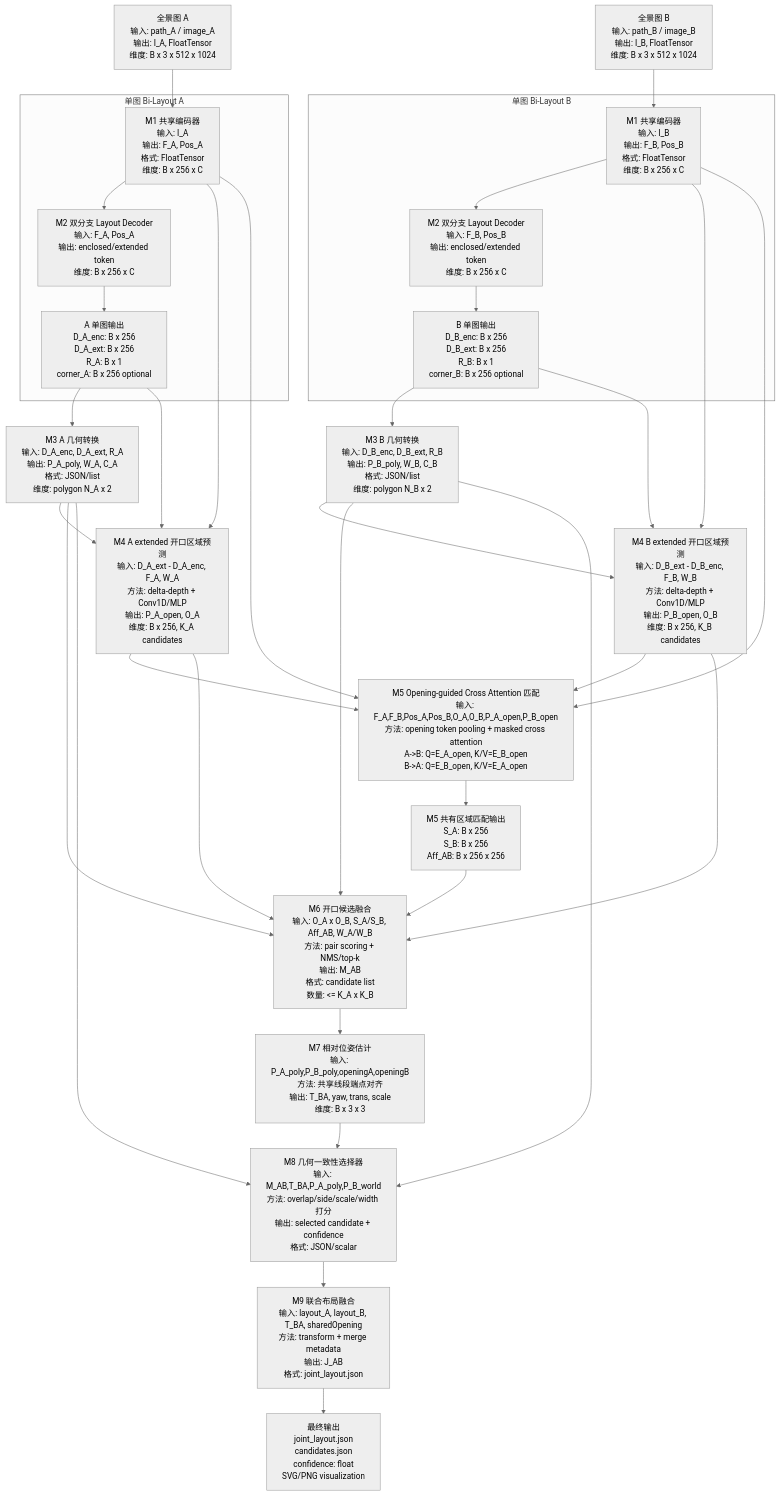
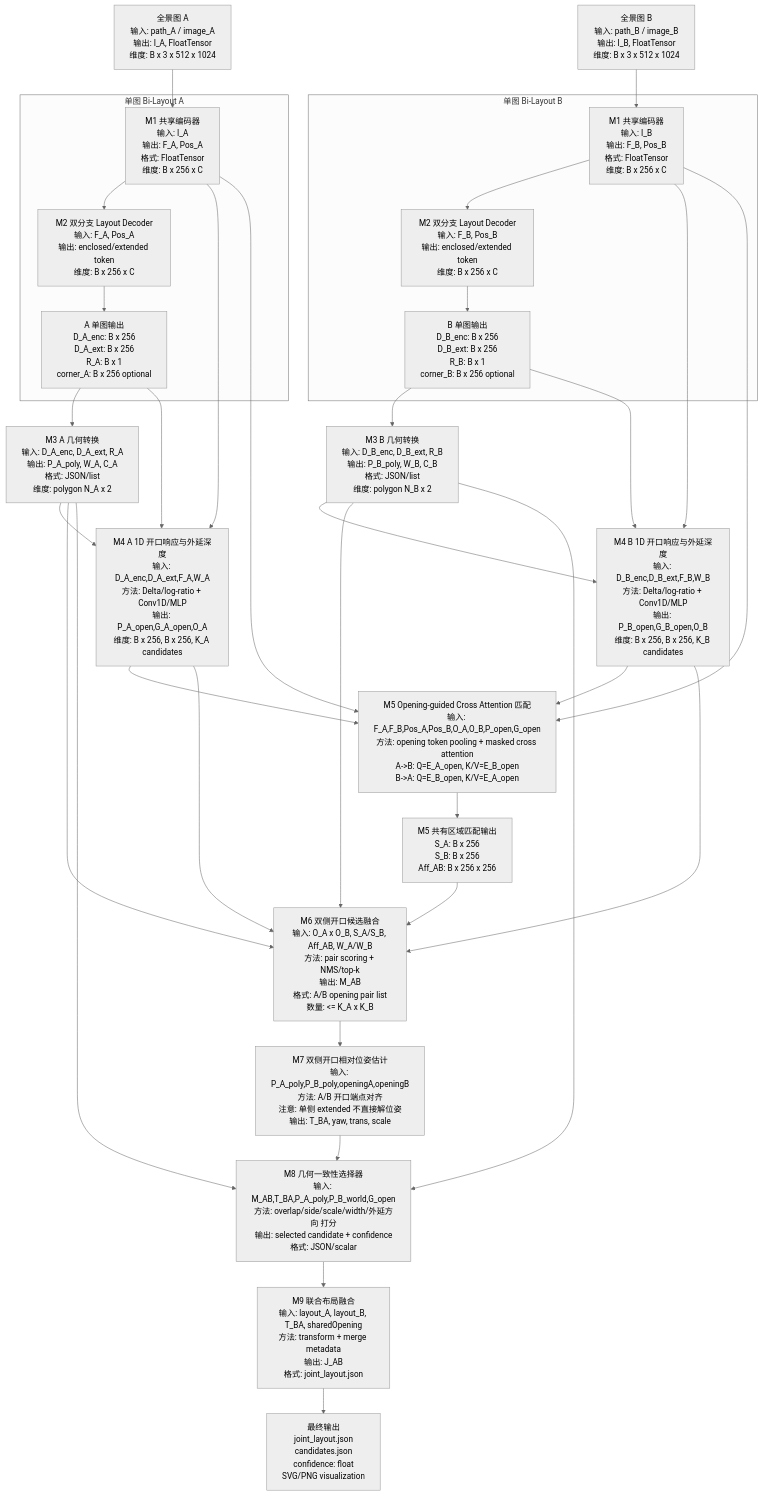
Before and after one commit to sunrunkun0422-dev/bi-layout: the first of 2 diagrams in 跨场景共享开口融合网络架构_可编辑.md, drawn with Mermaid (neutral theme). The commit also changed other lines of this file and 64 other files, not shown here.

````diff
--- a/跨场景共享开口融合网络架构_可编辑.md
+++ b/跨场景共享开口融合网络架构_可编辑.md
@@ -132,61 +147,61 @@
 ```mermaid
 flowchart TB
     IA["全景图 A<br/>输入: path_A / image_A<br/>输出: I_A, FloatTensor<br/>维度: B x 3 x 512 x 1024"]
     IB["全景图 B<br/>输入: path_B / image_B<br/>输出: I_B, FloatTensor<br/>维度: B x 3 x 512 x 1024"]
 
     subgraph SingleA["单图 Bi-Layout A"]
         EncA["M1 共享编码器<br/>输入: I_A<br/>输出: F_A, Pos_A<br/>格式: FloatTensor<br/>维度: B x 256 x C"]
         DecA["M2 双分支 Layout Decoder<br/>输入: F_A, Pos_A<br/>输出: enclosed/extended token<br/>维度: B x 256 x C"]
         OutA["A 单图输出<br/>D_A_enc: B x 256<br/>D_A_ext: B x 256<br/>R_A: B x 1<br/>corner_A: B x 256 optional"]
         EncA --> DecA --> OutA
     end
 
     subgraph SingleB["单图 Bi-Layout B"]
         EncB["M1 共享编码器<br/>输入: I_B<br/>输出: F_B, Pos_B<br/>格式: FloatTensor<br/>维度: B x 256 x C"]
         DecB["M2 双分支 Layout Decoder<br/>输入: F_B, Pos_B<br/>输出: enclosed/extended token<br/>维度: B x 256 x C"]
         OutB["B 单图输出<br/>D_B_enc: B x 256<br/>D_B_ext: B x 256<br/>R_B: B x 1<br/>corner_B: B x 256 optional"]
         EncB --> DecB --> OutB
     end
 
     GeomA["M3 A 几何转换<br/>输入: D_A_enc, D_A_ext, R_A<br/>输出: P_A_poly, W_A, C_A<br/>格式: JSON/list<br/>维度: polygon N_A x 2"]
     GeomB["M3 B 几何转换<br/>输入: D_B_enc, D_B_ext, R_B<br/>输出: P_B_poly, W_B, C_B<br/>格式: JSON/list<br/>维度: polygon N_B x 2"]
 
-    PassA["M4 A extended 开口区域预测<br/>输入: D_A_ext - D_A_enc, F_A, W_A<br/>方法: delta-depth + Conv1D/MLP<br/>输出: P_A_open, O_A<br/>维度: B x 256, K_A candidates"]
-    PassB["M4 B extended 开口区域预测<br/>输入: D_B_ext - D_B_enc, F_B, W_B<br/>方法: delta-depth + Conv1D/MLP<br/>输出: P_B_open, O_B<br/>维度: B x 256, K_B candidates"]
+    PassA["M4 A 1D 开口响应与外延深度<br/>输入: D_A_enc,D_A_ext,F_A,W_A<br/>方法: Delta/log-ratio + Conv1D/MLP<br/>输出: P_A_open,G_A_open,O_A<br/>维度: B x 256, B x 256, K_A candidates"]
+    PassB["M4 B 1D 开口响应与外延深度<br/>输入: D_B_enc,D_B_ext,F_B,W_B<br/>方法: Delta/log-ratio + Conv1D/MLP<br/>输出: P_B_open,G_B_open,O_B<br/>维度: B x 256, B x 256, K_B candidates"]
 
-    Cross["M5 Opening-guided Cross Attention 匹配<br/>输入: F_A,F_B,Pos_A,Pos_B,O_A,O_B,P_A_open,P_B_open<br/>方法: opening token pooling + masked cross attention<br/>A->B: Q=E_A_open, K/V=E_B_open<br/>B->A: Q=E_B_open, K/V=E_A_open"]
+    Cross["M5 Opening-guided Cross Attention 匹配<br/>输入: F_A,F_B,Pos_A,Pos_B,O_A,O_B,P_open,G_open<br/>方法: opening token pooling + masked cross attention<br/>A->B: Q=E_A_open, K/V=E_B_open<br/>B->A: Q=E_B_open, K/V=E_A_open"]
     Aff["M5 共有区域匹配输出<br/>S_A: B x 256<br/>S_B: B x 256<br/>Aff_AB: B x 256 x 256"]
 
-    Candidate["M6 开口候选融合<br/>输入: O_A x O_B, S_A/S_B, Aff_AB, W_A/W_B<br/>方法: pair scoring + NMS/top-k<br/>输出: M_AB<br/>格式: candidate list<br/>数量: &lt;= K_A x K_B"]
-    Pose["M7 相对位姿估计<br/>输入: P_A_poly,P_B_poly,openingA,openingB<br/>方法: 共享线段端点对齐<br/>输出: T_BA, yaw, trans, scale<br/>维度: B x 3 x 3"]
-    Select["M8 几何一致性选择器<br/>输入: M_AB,T_BA,P_A_poly,P_B_world<br/>方法: overlap/side/scale/width 打分<br/>输出: selected candidate + confidence<br/>格式: JSON/scalar"]
+    Candidate["M6 双侧开口候选融合<br/>输入: O_A x O_B, S_A/S_B, Aff_AB, W_A/W_B<br/>方法: pair scoring + NMS/top-k<br/>输出: M_AB<br/>格式: A/B opening pair list<br/>数量: &lt;= K_A x K_B"]
+    Pose["M7 双侧开口相对位姿估计<br/>输入: P_A_poly,P_B_poly,openingA,openingB<br/>方法: A/B 开口端点对齐<br/>注意: 单侧 extended 不直接解位姿<br/>输出: T_BA, yaw, trans, scale"]
+    Select["M8 几何一致性选择器<br/>输入: M_AB,T_BA,P_A_poly,P_B_world,G_open<br/>方法: overlap/side/scale/width/外延方向 打分<br/>输出: selected candidate + confidence<br/>格式: JSON/scalar"]
     Joint["M9 联合布局融合<br/>输入: layout_A, layout_B, T_BA, sharedOpening<br/>方法: transform + merge metadata<br/>输出: J_AB<br/>格式: joint_layout.json"]
     Output["最终输出<br/>joint_layout.json<br/>candidates.json<br/>confidence: float<br/>SVG/PNG visualization"]
 
     IA --> EncA
     IB --> EncB
     OutA --> GeomA
     OutB --> GeomB
     OutA --> PassA
     OutB --> PassB
     GeomA --> PassA
     GeomB --> PassB
     EncA --> PassA
     EncB --> PassB
     PassA --> Cross
     PassB --> Cross
     EncA --> Cross
     EncB --> Cross
     Cross --> Aff
     PassA --> Candidate
     PassB --> Candidate
     Aff --> Candidate
     GeomA --> Candidate
     GeomB --> Candidate
     Candidate --> Pose
     Pose --> Select
     GeomA --> Select
     GeomB --> Select
     Select --> Joint
     Joint --> Output
 ```
````
